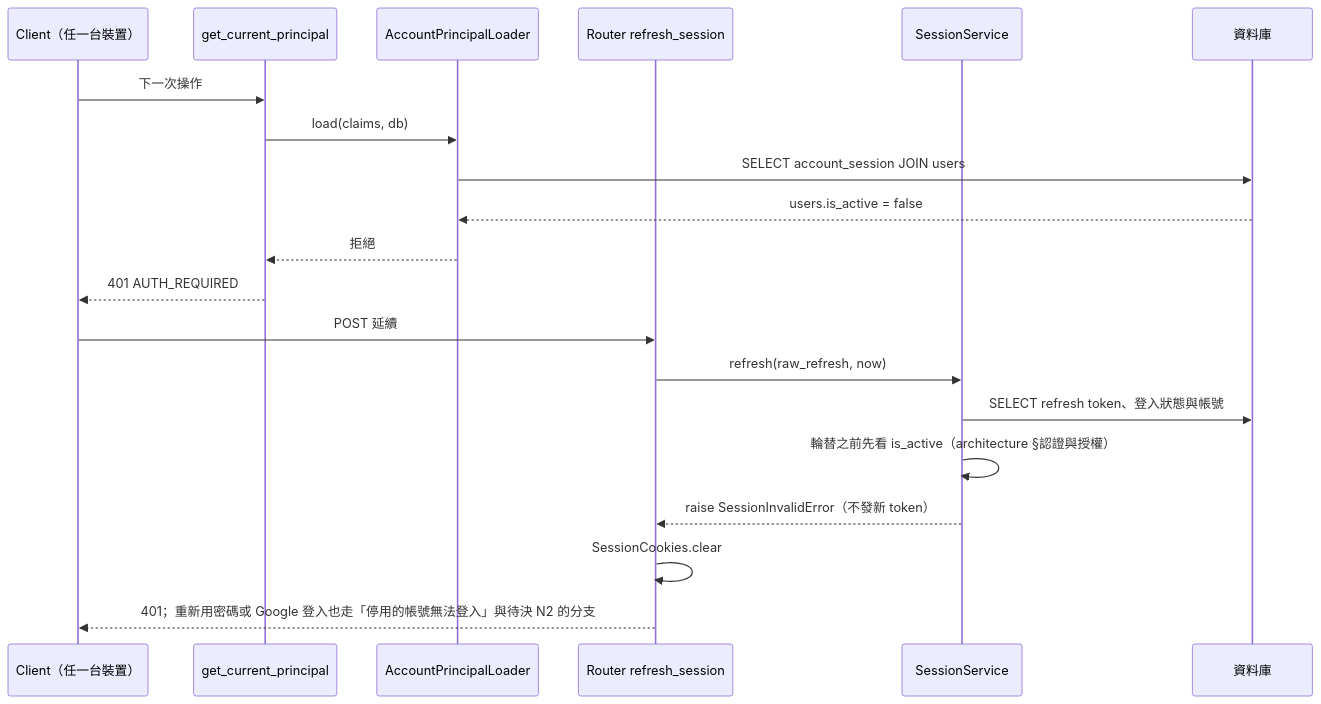
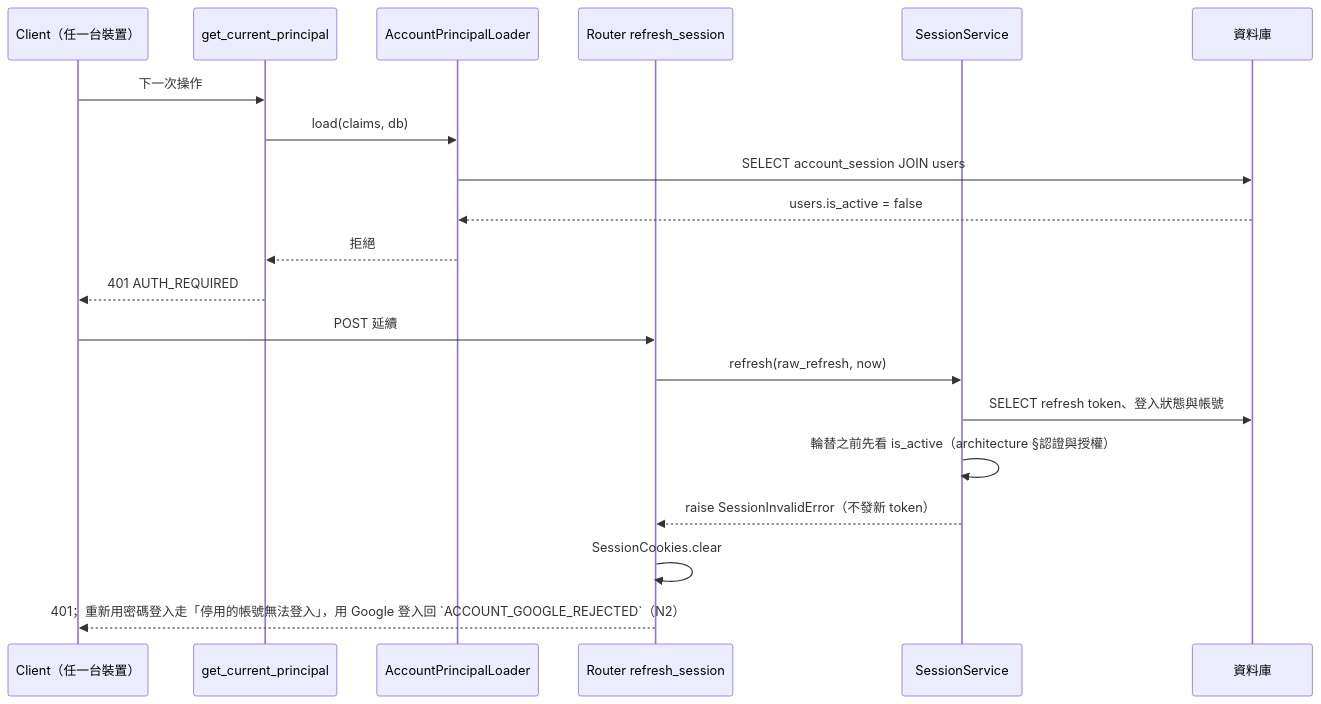
Diagram 20 of 32 in openspec/changes/login-auth-guard/system-design.md (label-suite/label-suite), drawn with Mermaid before and after one commit. The commit also changed other lines of this file and 9 other files, not shown here.

````diff
--- a/openspec/changes/login-auth-guard/system-design.md
+++ b/openspec/changes/login-auth-guard/system-design.md
@@ -774,22 +805,22 @@
 ```mermaid
 sequenceDiagram
   participant C as Client（任一台裝置）
   participant A as get_current_principal
   participant P as AccountPrincipalLoader
   participant R as Router refresh_session
   participant S as SessionService
   participant DB as 資料庫
   C->>A: 下一次操作
   A->>P: load(claims, db)
   P->>DB: SELECT account_session JOIN users
   DB-->>P: users.is_active = false
   P-->>A: 拒絕
   A-->>C: 401 AUTH_REQUIRED
   C->>R: POST 延續
   R->>S: refresh(raw_refresh, now)
   S->>DB: SELECT refresh token、登入狀態與帳號
   S->>S: 輪替之前先看 is_active（architecture §認證與授權）
   S-->>R: raise SessionInvalidError（不發新 token）
   R->>R: SessionCookies.clear
-  R-->>C: 401；重新用密碼或 Google 登入也走「停用的帳號無法登入」與待決 N2 的分支
+  R-->>C: 401；重新用密碼登入走「停用的帳號無法登入」，用 Google 登入回 `ACCOUNT_GOOGLE_REJECTED`（N2）
 ```
````
